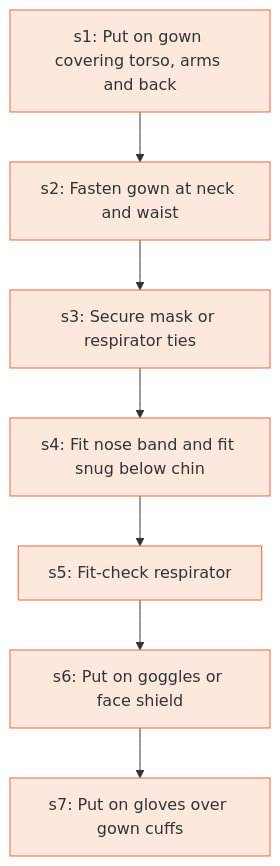
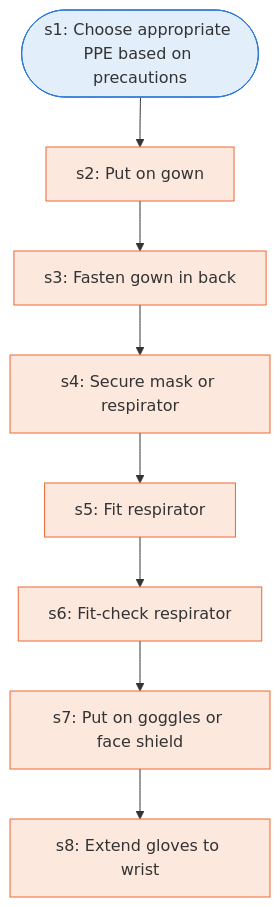
One commit to Jitesh-Mishra/sop-to-agent-workflows changed the diagram in docs/runbooks/cdc_ppe_donning.md. Above: the diagram before and after it, drawn with Mermaid. The commit also changed other lines of this file and 172 other files, not shown here.

````diff
--- a/docs/runbooks/cdc_ppe_donning.md
+++ b/docs/runbooks/cdc_ppe_donning.md
@@ -7,19 +7,22 @@
 ```mermaid
 flowchart TD
-  s1["s1: Put on gown covering torso, arms and back"]
-  s2["s2: Fasten gown at neck and waist"]
-  s3["s3: Secure mask or respirator ties"]
-  s4["s4: Fit nose band and fit snug below chin"]
-  s5["s5: Fit-check respirator"]
-  s6["s6: Put on goggles or face shield"]
-  s7["s7: Put on gloves over gown cuffs"]
+  s1(["s1: Choose appropriate PPE based on precautions"])
+  s2["s2: Put on gown"]
+  s3["s3: Fasten gown in back"]
+  s4["s4: Secure mask or respirator"]
+  s5["s5: Fit respirator"]
+  s6["s6: Fit-check respirator"]
+  s7["s7: Put on goggles or face shield"]
+  s8["s8: Extend gloves to wrist"]
   s1 --> s2
   s2 --> s3
   s3 --> s4
   s4 --> s5
   s5 --> s6
   s6 --> s7
+  s7 --> s8
   classDef agent fill:#e3eefb,stroke:#2a78d6
   classDef human fill:#fde8de,stroke:#eb6834
-  class s1,s2,s3,s4,s5,s6,s7 human
+  class s1 agent
+  class s2,s3,s4,s5,s6,s7,s8 human
 ```
````
